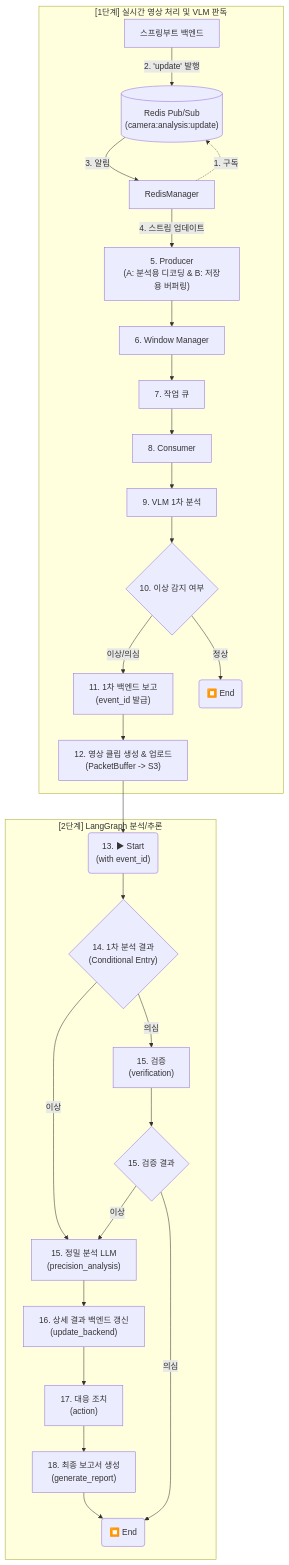
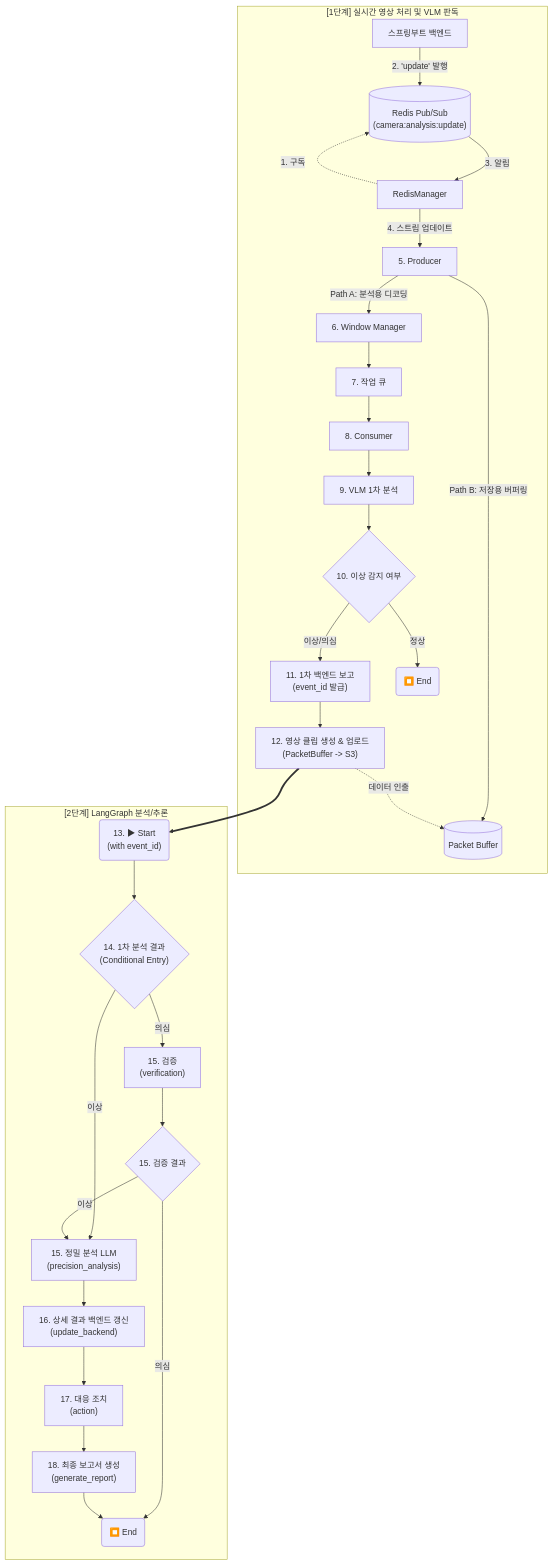
The first of 2 diagrams in README.md (AIX-01/aegis-ai-agent), drawn with Mermaid before and after one commit. The commit also changed other lines of this file, not shown here.

Commit message:
docs: enhance README with detailed workflow and data flow diagrams for clip generation

````diff
--- a/README.md
+++ b/README.md
@@ -143,41 +143,45 @@
 ```mermaid
 graph TD
     subgraph RealTime["[1단계] 실시간 영상 처리 및 VLM 판독"]
         ExtMgr["스프링부트 백엔드"]
         RedisCh[("Redis Pub/Sub<br>(camera:analysis:update)")]
         RM["RedisManager"]
 
         RM -. "1. 구독" .-> RedisCh
         ExtMgr -- "2. 'update' 발행" --> RedisCh
         RedisCh -- "3. 알림" --> RM
         
-        RM -- "4. 스트림 업데이트" --> P["5. Producer<br>(A: 분석용 디코딩 & B: 저장용 버퍼링)"]
-        P --> W["6. Window Manager"]
+        RM -- "4. 스트림 업데이트" --> P["5. Producer"]
+        P -- "Path A: 분석용 디코딩" --> W["6. Window Manager"]
+        P -- "Path B: 저장용 버퍼링" --> PB[("Packet Buffer")]
+        
         W --> Q["7. 작업 큐"]
         Q --> C["8. Consumer"]
         C --> VLM["9. VLM 1차 분석"]
         VLM --> Router{"10. 이상 감지 여부"}
         Router -- "이상/의심" --> BR["11. 1차 백엔드 보고<br>(event_id 발급)"]
         BR --> Clip["12. 영상 클립 생성 & 업로드<br>(PacketBuffer -> S3)"]
+        Clip -. "데이터 인출" .-> PB
         Router -- "정상" --> EndLocal(⏹️ End)
     end
 
     subgraph LangGraph["[2단계] LangGraph 분석/추론"]
+        Clip ~~~ Start
         Start("13. ▶ Start<br>(with event_id)")
         
         Start --> Router2{"14. 1차 분석 결과<br>(Conditional Entry)"}
         Router2 -- "이상" --> N_Precise["15. 정밀 분석 LLM <br>(precision_analysis)"]
         Router2 -- "의심" --> N_Verify["15. 검증<br>(verification)"]
         
         N_Verify --> Router3{"15. 검증 결과"}
         Router3 -- "이상" --> N_Precise
         Router3 -- "의심" --> End(⏹️ End)
         
         N_Precise --> N_Update["16. 상세 결과 백엔드 갱신<br>(update_backend)"]
         N_Update --> N_Action["17. 대응 조치<br>(action)"]
         N_Action --> N7["18. 최종 보고서 생성<br>(generate_report)"]
         N7 --> End
     end
 
-    Clip --> Start
+    Clip ==> Start
 ```
````
